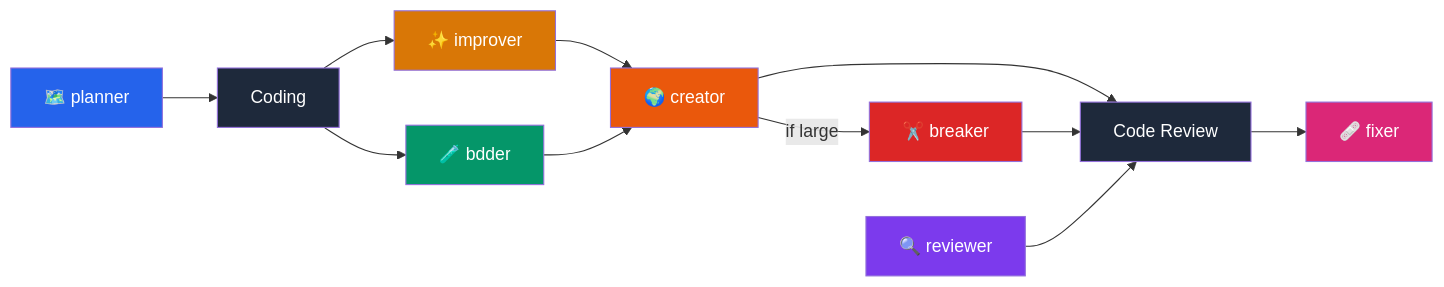
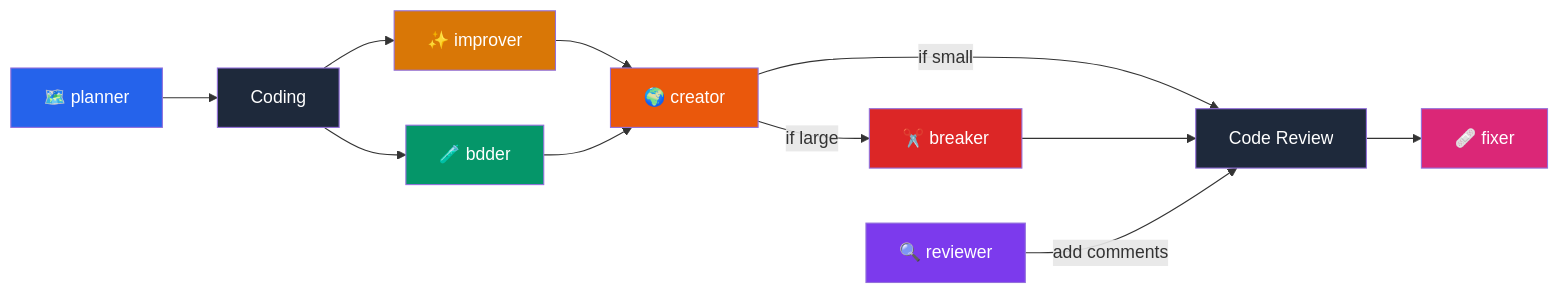
The diagram in README.md (Victorcorcos/skills), drawn with Mermaid before and after one commit.

````diff
--- a/README.md
+++ b/README.md
@@ -53,23 +53,23 @@
 ```mermaid
 flowchart LR
     A[🗺️ planner] --> B[Coding]
     B --> C[✨ improver]
     B --> D[🧪 bdder]
     C --> E[🌍 creator]
     D --> E[🌍 creator]
-    E --> F[Code Review]
+    E -->|if small| F[Code Review]
     E -->|if large| G[✂️ breaker]
     G --> F
-    I[🔍 reviewer] --> F
+    I[🔍 reviewer] -->|add comments| F
     F --> H[🩹 fixer]
 
     style A fill:#2563EB,color:#fff
     style C fill:#D97706,color:#fff
     style D fill:#059669,color:#fff
     style E fill:#EA580C,color:#fff
     style F fill:#1e293b,color:#fff
     style G fill:#DC2626,color:#fff
     style H fill:#DB2777,color:#fff
     style I fill:#7C3AED,color:#fff
     style B fill:#1e293b,color:#fff
 ```
````
